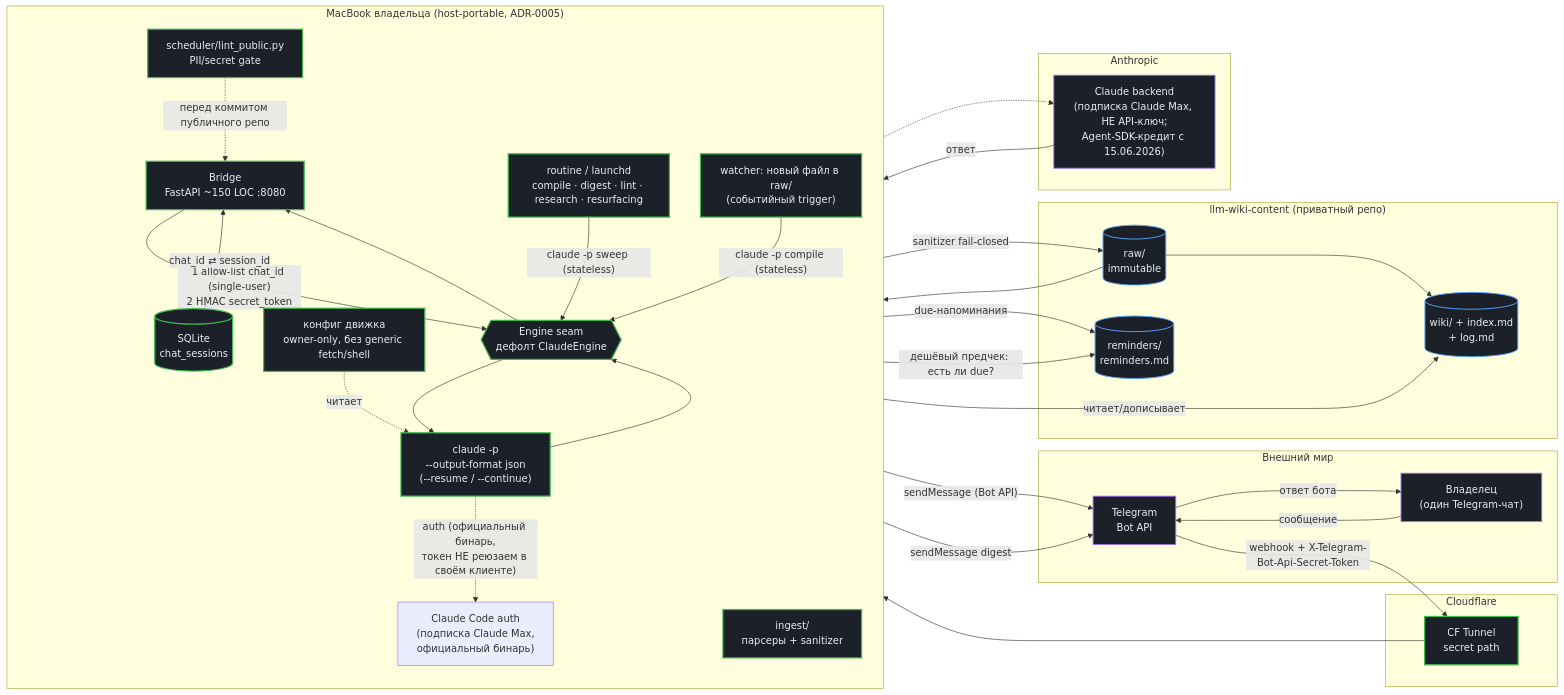
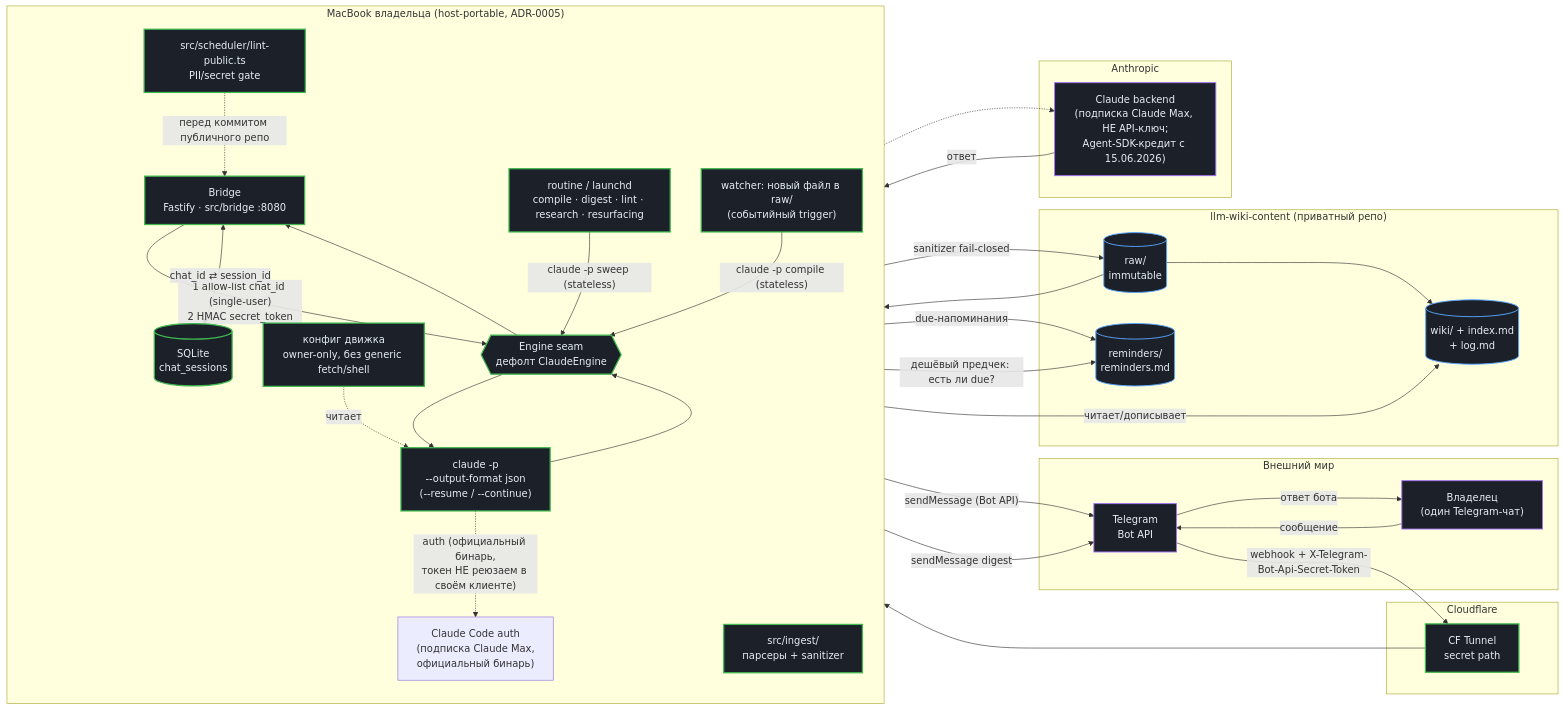
One commit to Kengston/personal-llm-wiki changed the first of 5 diagrams in docs/architecture/architecture.md. Above: the diagram before and after it, drawn with Mermaid. The commit also changed other lines of this file and 6 other files, not shown here.

````diff
--- a/docs/architecture/architecture.md
+++ b/docs/architecture/architecture.md
@@ -71,67 +71,67 @@
 ```mermaid
 flowchart LR
   subgraph EXT["Внешний мир"]
     U["Владелец<br/>(один Telegram-чат)"]
     TG["Telegram<br/>Bot API"]
   end
 
   subgraph CF["Cloudflare"]
     T["CF Tunnel<br/>secret path"]
   end
 
   subgraph MAC["MacBook владельца (host-portable, ADR-0005)"]
     direction TB
-    B["Bridge<br/>FastAPI ~150 LOC :8080"]
+    B["Bridge<br/>Fastify · src/bridge :8080"]
     DB[("SQLite<br/>chat_sessions")]
     ENG{{"Engine seam<br/>дефолт ClaudeEngine"}}
     C["claude -p<br/>--output-format json<br/>(--resume / --continue)"]
     AUTH["Claude Code auth<br/>(подписка Claude Max,<br/>официальный бинарь)"]
     CFG["конфиг движка<br/>owner-only, без generic fetch/shell"]
     LA["routine / launchd<br/>compile · digest · lint · research · resurfacing"]
     EV["watcher: новый файл в raw/<br/>(событийный trigger)"]
-    ING["ingest/<br/>парсеры + sanitizer"]
-    LINT["scheduler/lint_public.py<br/>PII/secret gate"]
+    ING["src/ingest/<br/>парсеры + sanitizer"]
+    LINT["src/scheduler/lint-public.ts<br/>PII/secret gate"]
   end
 
   subgraph PRIV["llm-wiki-content (приватный репо)"]
     RAW[("raw/<br/>immutable")]
     WIKI[("wiki/ + index.md<br/>+ log.md")]
     REM[("reminders/<br/>reminders.md")]
   end
 
   subgraph ANT["Anthropic"]
     G["Claude backend<br/>(подписка Claude Max, НЕ API-ключ;<br/>Agent-SDK-кредит с 15.06.2026)"]
   end
 
   U -->|"сообщение"| TG
   TG -->|"webhook + X-Telegram-Bot-Api-Secret-Token"| T
   T --> B
   B -->|"1 allow-list chat_id (single-user)<br/>2 HMAC secret_token"| ENG
   ENG --> C
   C -.->|"auth (официальный бинарь,<br/>токен НЕ реюзаем в своём клиенте)"| AUTH
   AUTH -.-> G
   CFG -.->|читает| C
   C -->|"читает/дописывает"| WIKI
   C -->|"due-напоминания"| REM
   G -->|"ответ"| C --> ENG --> B
   B <-->|"chat_id ⇄ session_id"| DB
   B -->|"sendMessage (Bot API)"| TG
   TG -->|"ответ бота"| U
 
   LA -->|"дешёвый предчек: есть ли due?"| REM
   LA -->|"claude -p sweep (stateless)"| ENG
   LA -->|"sendMessage digest"| TG
   EV -->|"claude -p compile (stateless)"| ENG
 
   ING -->|"sanitizer fail-closed"| RAW
   RAW --> WIKI
   RAW --> EV
   LINT -.->|"перед коммитом публичного репо"| B
 
   classDef new fill:#1c2129,stroke:#3fb950,color:#e6edf3,stroke-width:2px
   classDef ext fill:#1c2129,stroke:#a371f7,color:#e6edf3,stroke-width:1.5px
   classDef store fill:#1c2129,stroke:#58a6ff,color:#e6edf3,stroke-width:1.5px
   class B,DB,ENG,C,CFG,LA,EV,ING,LINT,T new
   class U,TG,G ext
   class RAW,WIKI,REM store
 ```
````
